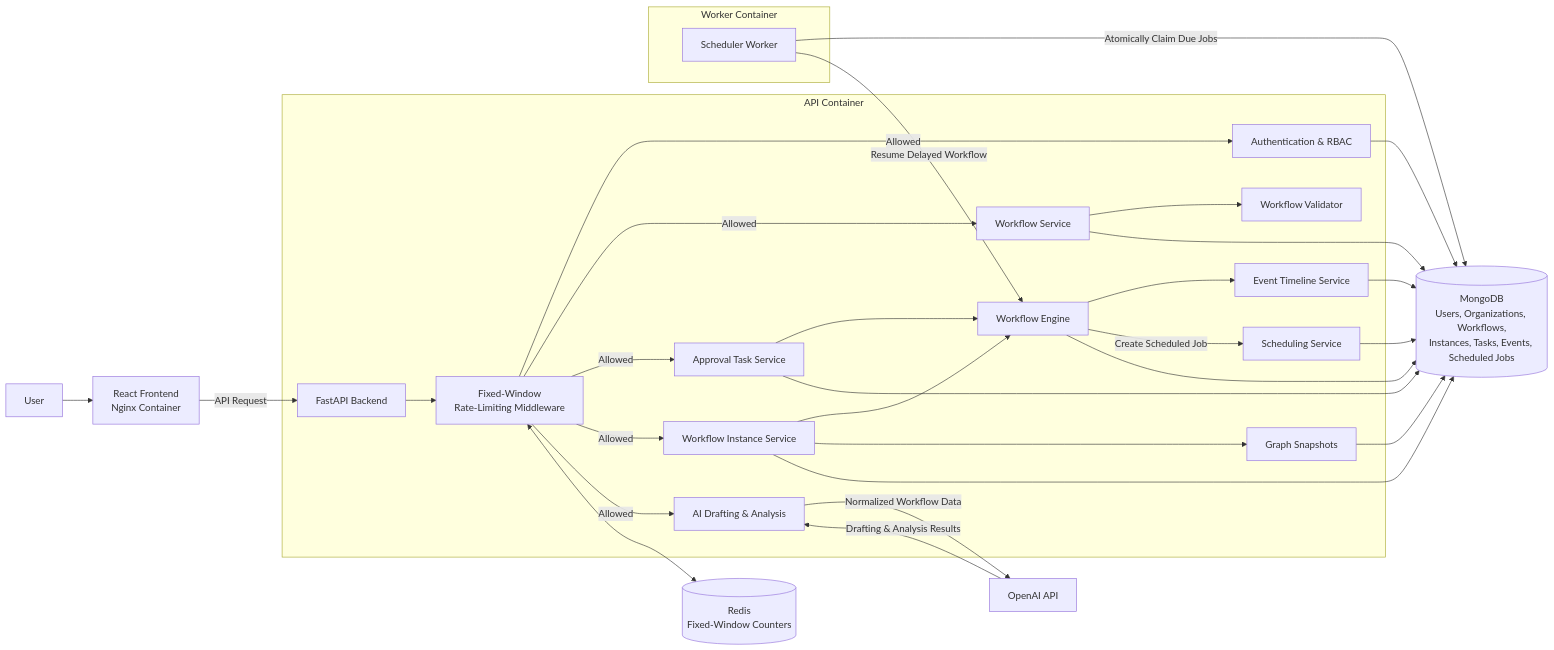
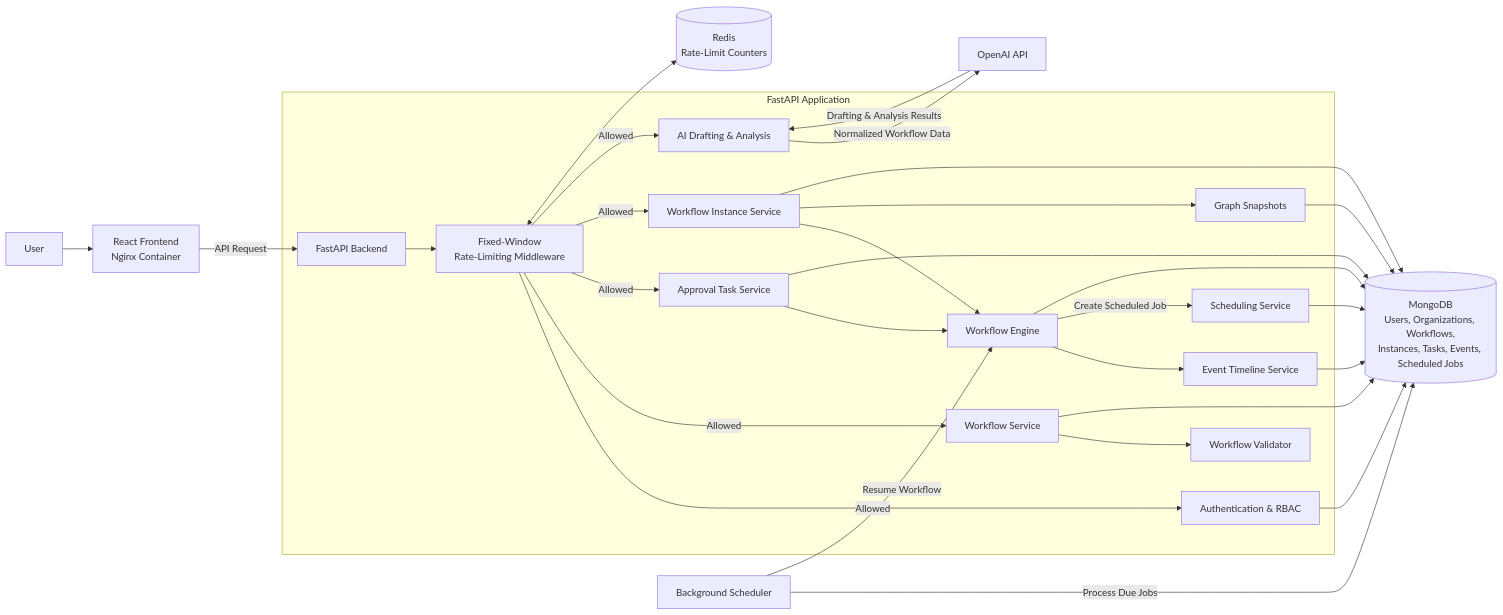
One commit to ErenKarakus1/AI-Assisted-Workflow-Builder changed the diagram in README.md. Above: the diagram before and after it, drawn with Mermaid. The commit also changed other lines of this file, not shown here.

Commit message:
docs: update README architecture and setup

````diff
--- a/README.md
+++ b/README.md
@@ -79,47 +116,44 @@
 ```mermaid
 flowchart LR
     User[User] --> Frontend[React Frontend<br/>Nginx Container]
     Frontend -->|API Request| API[FastAPI Backend]
 
-    subgraph APIContainer[API Container]
+    subgraph Application[FastAPI Application]
         API --> RateLimit[Fixed-Window<br/>Rate-Limiting Middleware]
 
         RateLimit -->|Allowed| Auth[Authentication & RBAC]
         RateLimit -->|Allowed| Workflows[Workflow Service]
         RateLimit -->|Allowed| Tasks[Approval Task Service]
         RateLimit -->|Allowed| Instances[Workflow Instance Service]
         RateLimit -->|Allowed| AIService[AI Drafting & Analysis]
 
         Workflows --> Validator[Workflow Validator]
 
         Instances --> Engine[Workflow Engine]
         Tasks --> Engine
         Instances --> Snapshots[Graph Snapshots]
 
         Engine --> Events[Event Timeline Service]
         Engine -->|Create Scheduled Job| Scheduling[Scheduling Service]
     end
 
-    subgraph WorkerContainer[Worker Container]
-        Worker[Scheduler Worker]
-    end
-
-    RateLimit <--> Redis[(Redis<br/>Fixed-Window Counters)]
+    RateLimit <--> Redis[(Redis<br/>Rate-Limit Counters)]
 
     Mongo[(MongoDB<br/>Users, Organizations, Workflows,<br/>Instances, Tasks, Events, Scheduled Jobs)]
 
     Auth --> Mongo
     Workflows --> Mongo
     Tasks --> Mongo
     Instances --> Mongo
     Snapshots --> Mongo
     Engine --> Mongo
     Events --> Mongo
     Scheduling --> Mongo
 
-    Worker -->|Atomically Claim Due Jobs| Mongo
-    Worker -->|Resume Delayed Workflow| Engine
+    Background[Background Scheduler]
+    Background -->|Process Due Jobs| Mongo
+    Background -->|Resume Workflow| Engine
 
     AIService -->|Normalized Workflow Data| OpenAI[OpenAI API]
     OpenAI -->|Drafting & Analysis Results| AIService
 ```
````
